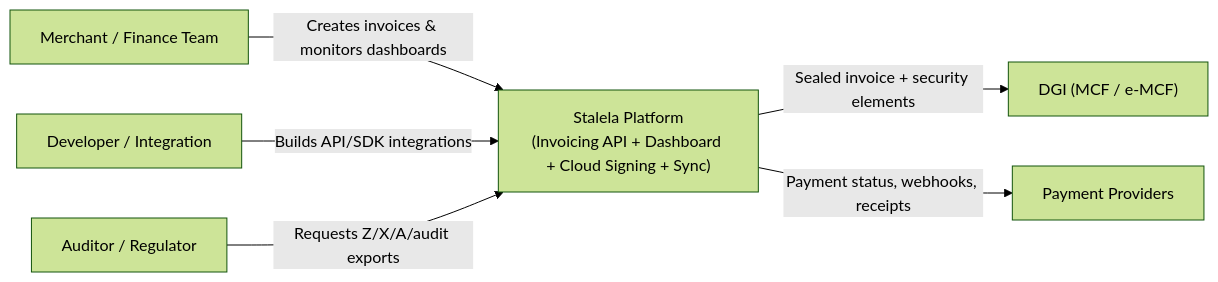
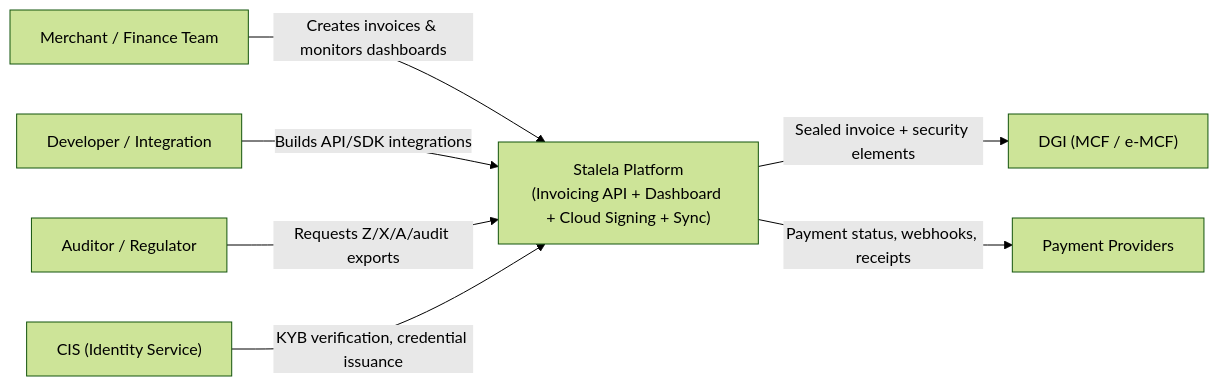
The first of 3 diagrams in docs/20-fiscal-platform/architecture/overview.md (stalela/stalela-docs), drawn with Mermaid (forest theme) before and after one commit. The commit also changed 106 other files, not shown here.

````diff
--- a/docs/20-fiscal-platform/architecture/overview.md
+++ b/docs/20-fiscal-platform/architecture/overview.md
@@ -13,14 +13,16 @@
 ```mermaid
 flowchart LR
     Merchant["Merchant / Finance Team"]
     Developer["Developer / Integration"]
     Auditor["Auditor / Regulator"]
     Stalela["Stalela Platform\n(Invoicing API + Dashboard + Cloud Signing + Sync)"]
+    CIS["CIS (Identity Service)"]
     DGI["DGI (MCF / e-MCF)"]
     Payment["Payment Providers"]
     Merchant -->|Creates invoices & monitors dashboards| Stalela
     Developer -->|Builds API/SDK integrations| Stalela
     Auditor -->|Requests Z/X/A/audit exports| Stalela
+    CIS -->|KYB verification, credential issuance| Stalela
     Stalela -->|Sealed invoice + security elements| DGI
     Stalela -->|Payment status, webhooks, receipts| Payment
 ```
````
